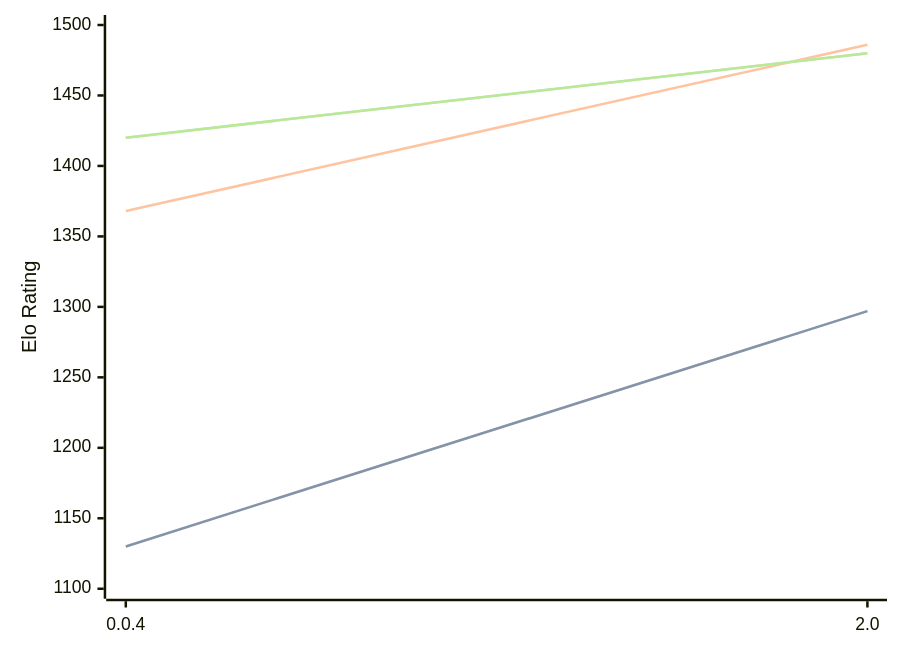
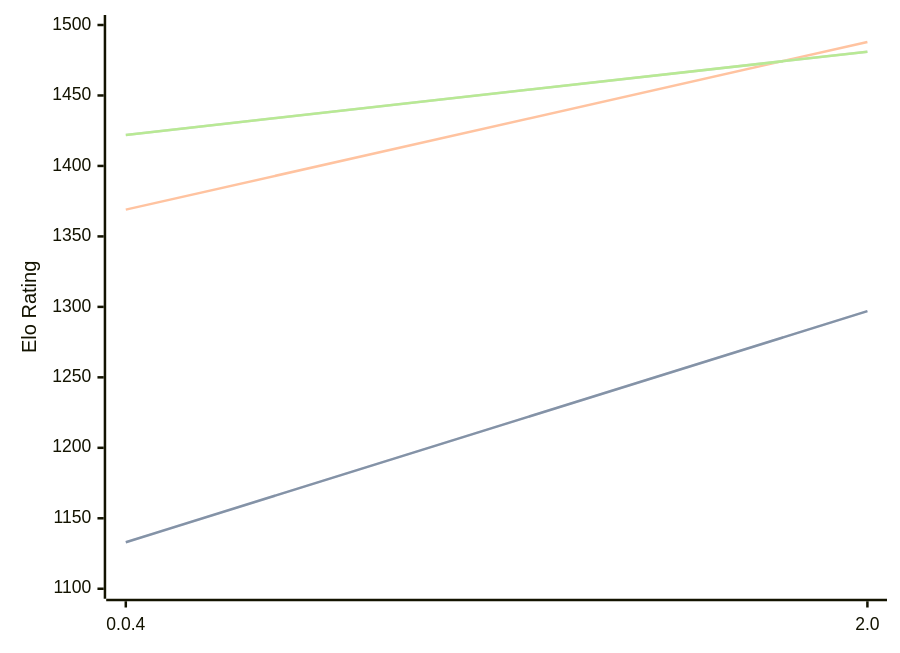
Before and after one commit to computer-chess-index/cci: the diagram in engines/Oops!Mate.md, drawn with Mermaid. The commit also changed other lines of this file, not shown here.

Commit message:
Update CCI Ratings (ELO VLTC) - 2026-05-16

````diff
--- a/engines/Oops!Mate.md
+++ b/engines/Oops!Mate.md
@@ -52,11 +52,11 @@
 ```mermaid
 %%{init: {"theme":"base","themeVariables":{"seriesColors:['#a3a3a3','#222221','#faa371']}}}%%
 xychart-beta
   x-axis ["0.0.4", "2.0"]
   y-axis "Elo Rating" 1100 --> 1500
-  line "STC (8.0+0.08s)" [1130, 1297]
-  line "STC (8.0+0.08s)" [1130, 1297]
-  line "LTC (60.0+0.60s)" [1368, 1486]
-  line "VLTC (2m24s+1.12s)" [1420, 1480]
-  line "VLTC (2m24s+1.12s)" [1420, 1480]
+  line "STC (8.0+0.08s)" [1133, 1297]
+  line "STC (8.0+0.08s)" [1133, 1297]
+  line "LTC (60.0+0.60s)" [1369, 1488]
+  line "VLTC (2m24s+1.12s)" [1422, 1481]
+  line "VLTC (2m24s+1.12s)" [1422, 1481]
 ```
````
